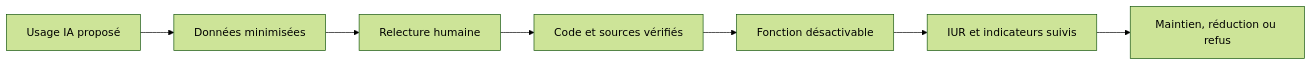
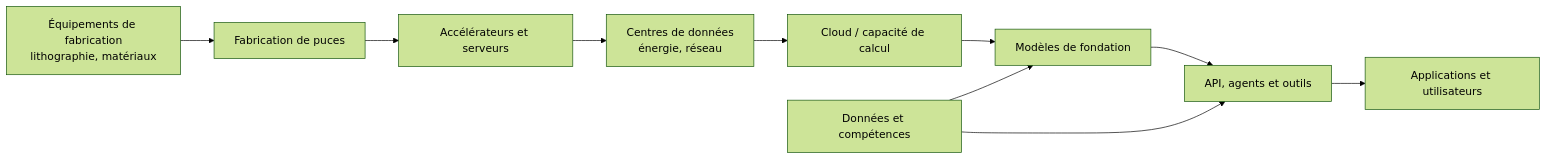
Before and after one commit to maxd4/CleanmyMap: the diagram in documentation/plans/rapport_impact/impact_IA/04-pouvoir-infrastructures-souverainete.md, drawn with Mermaid (forest theme). The commit also changed other lines of this file and 4 other files, not shown here.

````diff
--- a/documentation/plans/rapport_impact/impact_IA/04-pouvoir-infrastructures-souverainete.md
+++ b/documentation/plans/rapport_impact/impact_IA/04-pouvoir-infrastructures-souverainete.md
@@ -437,9 +13,14 @@
 ```{mermaid}
+%%| fig-cap: "Chaîne de valeur simplifiée de l'intelligence artificielle"
+%%| fig-width: 10
 flowchart LR
-  A["Usage IA proposé"] --> B["Données minimisées"]
-  B --> C["Relecture humaine"]
-  C --> D["Code et sources vérifiés"]
-  D --> E["Fonction désactivable"]
-  E --> F["IUR et indicateurs suivis"]
-  F --> G["Maintien, réduction ou refus"]
+  A["Équipements de fabrication<br/>lithographie, matériaux"] --> B["Fabrication de puces"]
+  B --> C["Accélérateurs et serveurs"]
+  C --> D["Centres de données<br/>énergie, réseau"]
+  D --> E["Cloud / capacité de calcul"]
+  E --> F["Modèles de fondation"]
+  F --> G["API, agents et outils"]
+  G --> H["Applications et utilisateurs"]
+  I["Données et compétences"] --> F
+  I --> G
 ```
````
